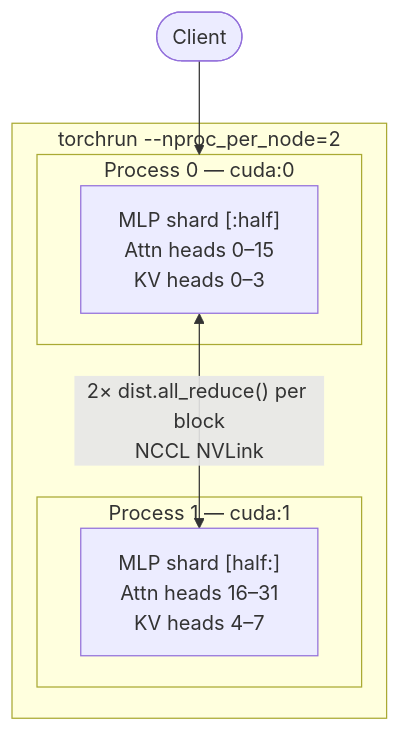
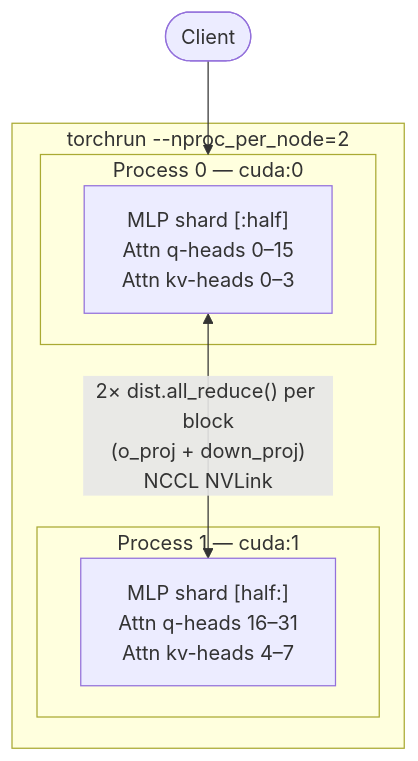
Before and after one commit to sahilnale/distributed-llm-inference-server: the third of 3 diagrams in README.md, drawn with Mermaid. The commit also changed other lines of this file, not shown here.

````diff
--- a/README.md
+++ b/README.md
@@ -75,16 +96,16 @@
 ```mermaid
 flowchart TD
     Client(["Client"])
 
     subgraph torchrun["torchrun --nproc_per_node=2"]
         subgraph P0["Process 0 — cuda:0"]
-            GPU0["MLP shard [:half]\nAttn heads 0–15\nKV heads 0–3"]
+            GPU0["MLP shard [:half]\nAttn q-heads 0–15\nAttn kv-heads 0–3"]
         end
         subgraph P1["Process 1 — cuda:1"]
-            GPU1["MLP shard [half:]\nAttn heads 16–31\nKV heads 4–7"]
+            GPU1["MLP shard [half:]\nAttn q-heads 16–31\nAttn kv-heads 4–7"]
         end
-        GPU0 <-->|"2× dist.all_reduce() per block\nNCCL NVLink"| GPU1
+        GPU0 <-->|"2× dist.all_reduce() per block\n(o_proj + down_proj)\nNCCL NVLink"| GPU1
     end
 
     Client --> P0
 ```
````
